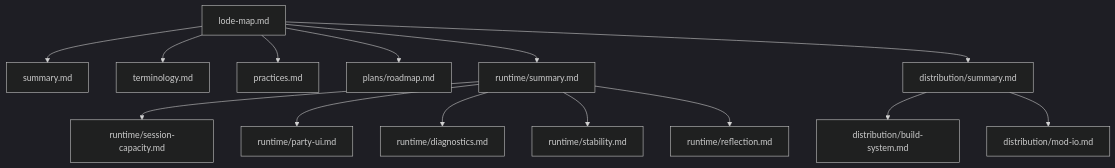
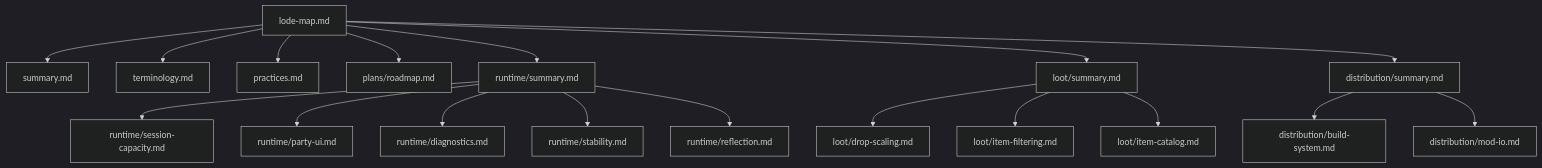
The diagram in lode/lode-map.md (TheAngryByrd/Wayfinder-Mods), drawn with Mermaid (dark theme) before and after one commit. The commit also changed other lines of this file and 14 other files, not shown here.

Commit message:
Add configurable MoreDrops loot filtering

````diff
--- a/lode/lode-map.md
+++ b/lode/lode-map.md
@@ -6,16 +6,20 @@
 ```mermaid
 flowchart TD
     Map[lode-map.md] --> Summary[summary.md]
     Map --> Terms[terminology.md]
     Map --> Practices[practices.md]
     Map --> Plans[plans/roadmap.md]
     Map --> Runtime[runtime/summary.md]
     Runtime --> Session[runtime/session-capacity.md]
     Runtime --> UI[runtime/party-ui.md]
     Runtime --> Diagnostics[runtime/diagnostics.md]
     Runtime --> Stability[runtime/stability.md]
     Runtime --> Reflection[runtime/reflection.md]
+    Map --> Loot[loot/summary.md]
+    Loot --> Scaling[loot/drop-scaling.md]
+    Loot --> ItemFiltering[loot/item-filtering.md]
+    Loot --> ItemCatalog[loot/item-catalog.md]
     Map --> Distribution[distribution/summary.md]
     Distribution --> BuildSystem[distribution/build-system.md]
     Distribution --> ModIo[distribution/mod-io.md]
 ```
````
